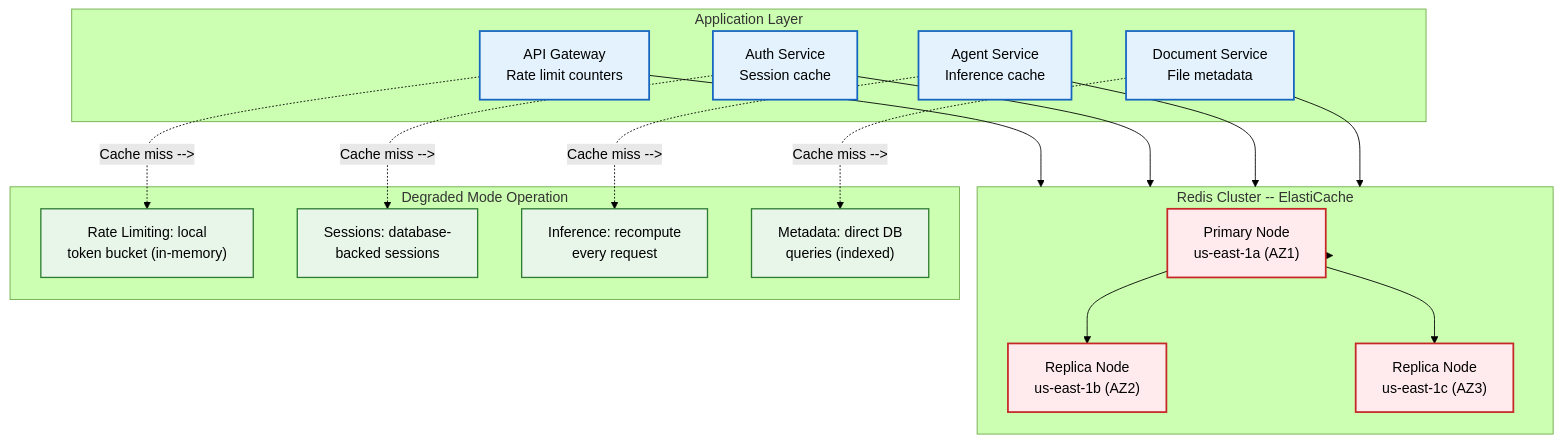
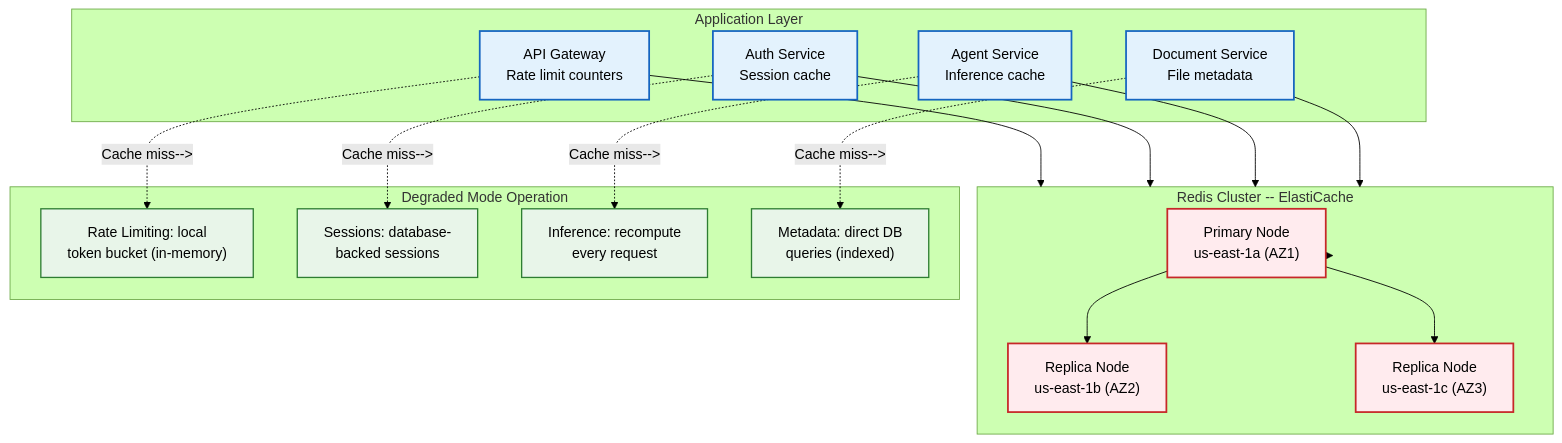
Before and after one commit to Driftloom/Vaeloom: the first of 2 diagrams in docs/operations/Runbooks/Cache-Failure.md, drawn with Mermaid (forest theme). The commit also changed other lines of this file and 694 other files, not shown here.

First line of the commit message:
docs: mermaid standardization — encoding/mermaid/duplicate cleanup

````diff
--- a/docs/operations/Runbooks/Cache-Failure.md
+++ b/docs/operations/Runbooks/Cache-Failure.md
@@ -16,39 +16,39 @@
 ```mermaid
 graph TD
-    classDef app fill:#e3f2fd,stroke:#1565c0,color:#000,stroke-width:2px
-    classDef redis fill:#ffebee,stroke:#c62828,color:#000,stroke-width:2px
-    classDef fallback fill:#e8f5e9,stroke:#2e7d32,color:#000,stroke-width:1.5px
+ classDef app fill:#e3f2fd,stroke:#1565c0,color:#000,stroke-width:2px
+ classDef redis fill:#ffebee,stroke:#c62828,color:#000,stroke-width:2px
+ classDef fallback fill:#e8f5e9,stroke:#2e7d32,color:#000,stroke-width:1.5px
 
-    subgraph Applications["Application Layer"]
-        API["API Gateway<br/>Rate limit counters"]
-        AUTH["Auth Service<br/>Session cache"]
-        AGENT["Agent Service<br/>Inference cache"]
-        DOC["Document Service<br/>File metadata"]
-    end
+ subgraph Applications["Application Layer"]
+ API["API Gateway<br/>Rate limit counters"]
+ AUTH["Auth Service<br/>Session cache"]
+ AGENT["Agent Service<br/>Inference cache"]
+ DOC["Document Service<br/>File metadata"]
+ end
 
-    subgraph Redis["Redis Cluster -- ElastiCache"]
-        R1["Primary Node<br/>us-east-1a (AZ1)"]
-        R2["Replica Node<br/>us-east-1b (AZ2)"]
-        R3["Replica Node<br/>us-east-1c (AZ3)"]
-    end
+ subgraph Redis["Redis Cluster -- ElastiCache"]
+ R1["Primary Node<br/>us-east-1a (AZ1)"]
+ R2["Replica Node<br/>us-east-1b (AZ2)"]
+ R3["Replica Node<br/>us-east-1c (AZ3)"]
+ end
 
-    subgraph Fallback["Degraded Mode Operation"]
-        F1["Rate Limiting: local<br/>token bucket (in-memory)"]
-        F2["Sessions: database-<br/>backed sessions"]
-        F3["Inference: recompute<br/>every request"]
-        F4["Metadata: direct DB<br/>queries (indexed)"]
-    end
+ subgraph Fallback["Degraded Mode Operation"]
+ F1["Rate Limiting: local<br/>token bucket (in-memory)"]
+ F2["Sessions: database-<br/>backed sessions"]
+ F3["Inference: recompute<br/>every request"]
+ F4["Metadata: direct DB<br/>queries (indexed)"]
+ end
 
-    API & AUTH & AGENT & DOC --> Redis
-    Redis --> R1
-    R1 --> R2 & R3
-    
-    API -.->|Cache miss -->| F1
-    AUTH -.->|Cache miss -->| F2
-    AGENT -.->|Cache miss -->| F3
-    DOC -.->|Cache miss -->| F4
+ API & AUTH & AGENT & DOC--> Redis
+ Redis--> R1
+ R1--> R2 & R3
+ 
+ API -.->|Cache miss-->| F1
+ AUTH -.->|Cache miss-->| F2
+ AGENT -.->|Cache miss-->| F3
+ DOC -.->|Cache miss-->| F4
 
-    class API,AUTH,AGENT,DOC app
-    class R1,R2,R3 redis
-    class F1,F2,F3,F4 fallback
+ class API,AUTH,AGENT,DOC app
+ class R1,R2,R3 redis
+ class F1,F2,F3,F4 fallback
 ```
````
